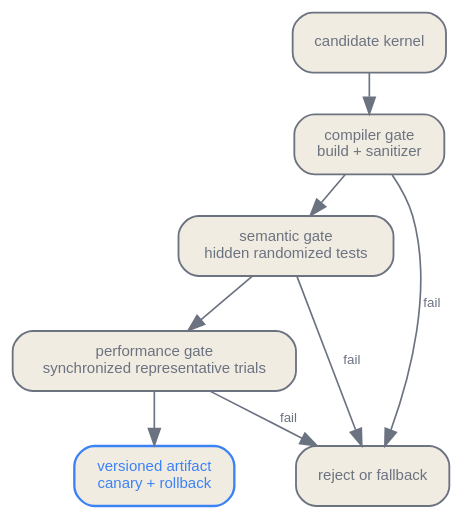
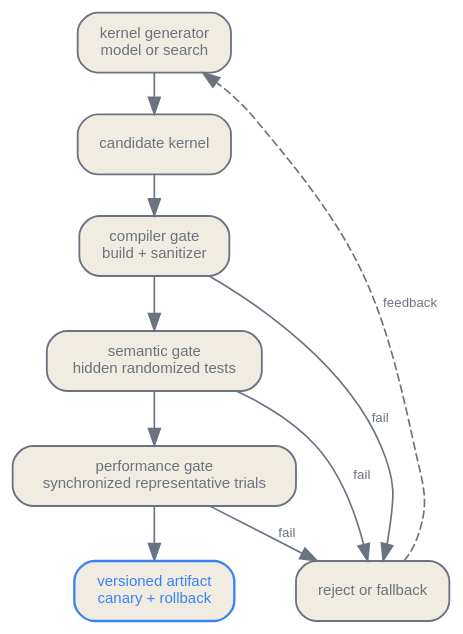
Before and after one commit to latere-ai/ai-as-an-infrastructure: the second of 2 diagrams in en/infrastructure/03-compilers-kernels.qmd, drawn with Graphviz. The commit also changed 1 other file, not shown here.

Commit message:
infrastructure: draw the feedback edge from rejected kernels to the generator

````diff
--- a/en/infrastructure/03-compilers-kernels.qmd
+++ b/en/infrastructure/03-compilers-kernels.qmd
@@ -497,26 +497,33 @@
 ```{dot}
 //| label: fig-compilers-kernels-validation
 //| fig-cap: "A generated kernel is accepted only after independent semantic, compiler, and performance gates. Failures return to the generator or a known fallback, never directly to production."
 digraph validation {
   bgcolor="transparent";
   rankdir=TB;
   nodesep=0.32;
   ranksep=0.32;
   node [shape=box, style="rounded,filled", fontname="Helvetica", fontsize=9,
         color="#6b7280", fontcolor="#6b7280", fillcolor="#f1ece1", penwidth=1.1];
   edge [color="#6b7280", fontname="Helvetica", fontsize=8, fontcolor="#6b7280"];
 
+  generator [label="kernel generator\nmodel or search"];
   candidate [label="candidate kernel"];
   compile [label="compiler gate\nbuild + sanitizer"];
   semantic [label="semantic gate\nhidden randomized tests"];
   performance [label="performance gate\nsynchronized representative trials"];
   accept [label="versioned artifact\ncanary + rollback", color="#3b82f6",
           fontcolor="#3b82f6", penwidth=1.4];
   reject [label="reject or fallback"];
 
-  candidate -> compile -> semantic -> performance -> accept;
+  // One group keeps the accept path in a straight column; the fail and
+  // feedback edges run beside it.
+  generator [group=main]; candidate [group=main]; compile [group=main];
+  semantic [group=main]; performance [group=main]; accept [group=main];
+
+  generator -> candidate -> compile -> semantic -> performance -> accept;
   compile -> reject [label="fail"];
   semantic -> reject [label="fail"];
   performance -> reject [label="fail"];
+  reject -> generator [label="feedback", style=dashed, constraint=false];
 }
 ```
````
